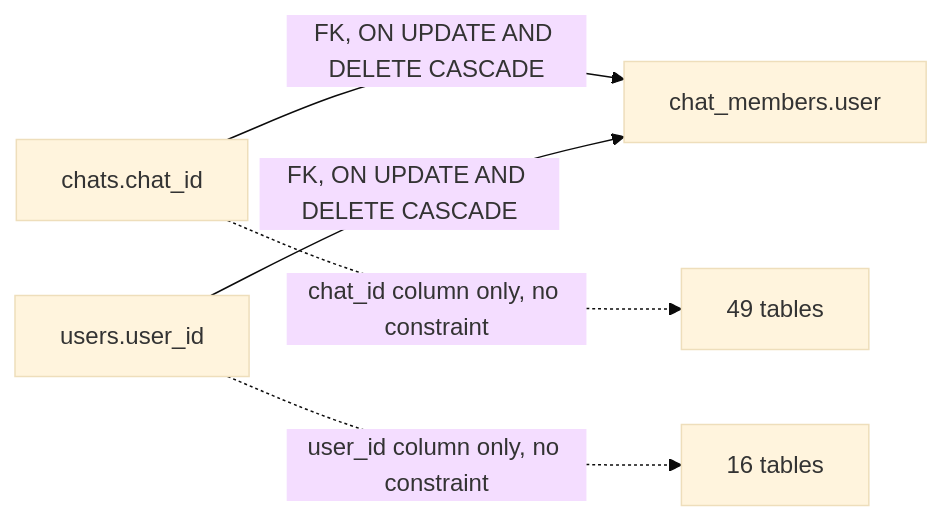
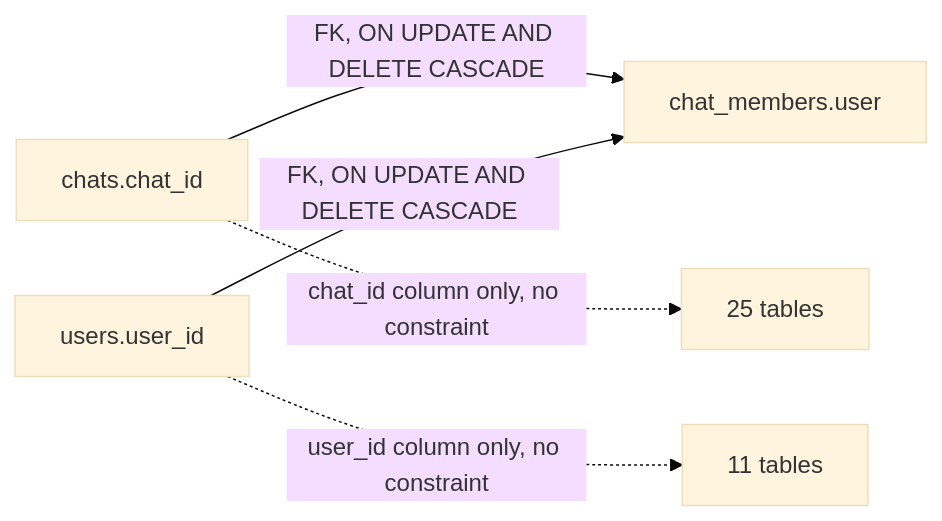
The ninth of 9 diagrams in docs/DATABASE.md (bisug/YaeMiko-V2), drawn with Mermaid (base theme) before and after one commit. The commit also changed other lines of this file and 14 other files, not shown here.

````diff
--- a/docs/DATABASE.md
+++ b/docs/DATABASE.md
@@ -659,7 +634,7 @@
 ```mermaid
 flowchart LR
     chats["chats.chat_id"] -->|"FK, ON UPDATE AND DELETE CASCADE"| members["chat_members.chat"]
     users["users.user_id"] -->|"FK, ON UPDATE AND DELETE CASCADE"| members["chat_members.user"]
-    chats -.->|"chat_id column only, no constraint"| chattables["49 tables"]
-    users -.->|"user_id column only, no constraint"| usertables["16 tables"]
+    chats -.->|"chat_id column only, no constraint"| chattables["25 tables"]
+    users -.->|"user_id column only, no constraint"| usertables["11 tables"]
 ```
````
